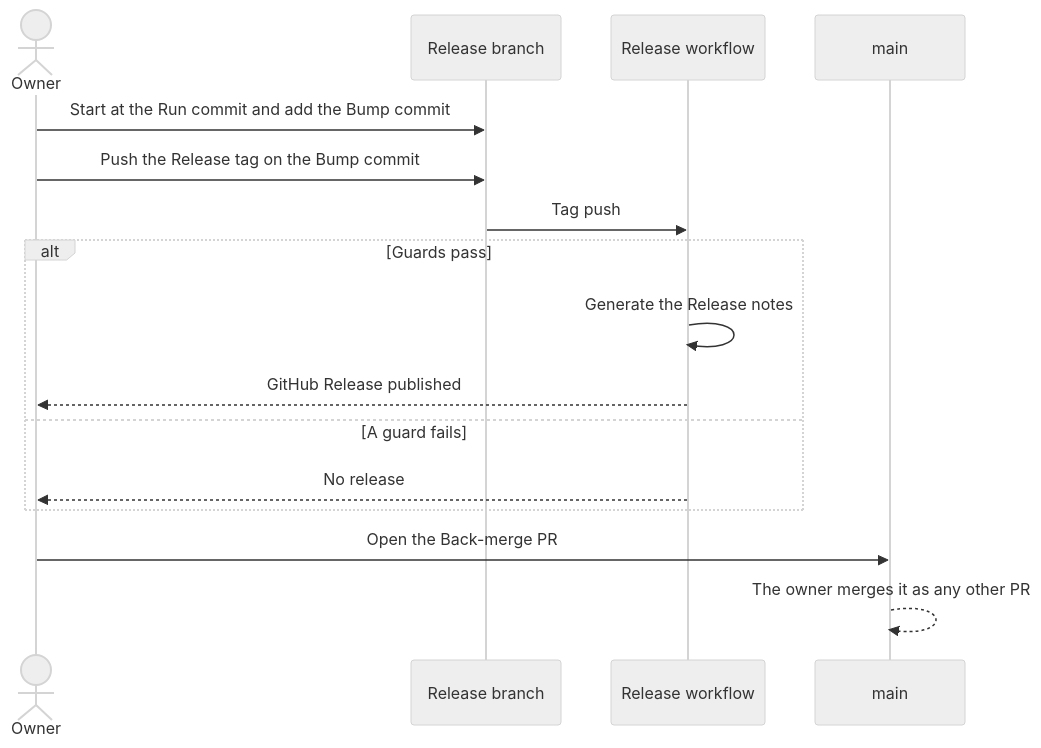
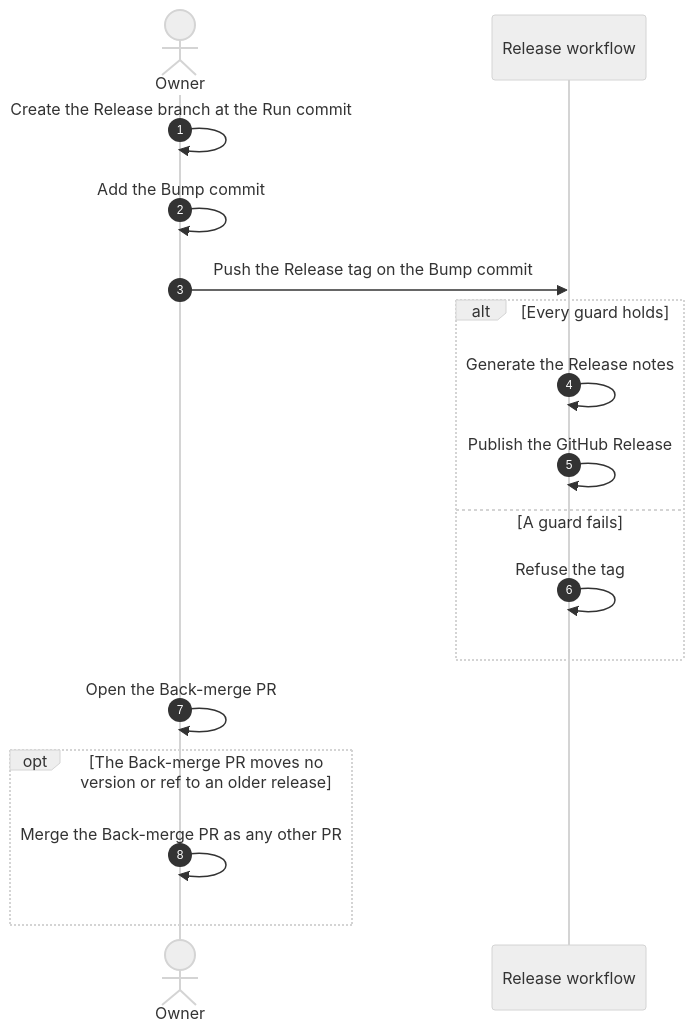
The diagram in docs/design/release-flow.md (maro114510/skills), drawn with Mermaid (neutral theme) before and after one commit.

Commit message:
docs(design): draw the release scenario with participants only
- Branches drew as lifelines, so the tag push came from a branch instead of the owner.
- Replies went to callers that never waited on them, and the merge lost its no-downgrade condition.

Closes #922

````diff
--- a/docs/design/release-flow.md
+++ b/docs/design/release-flow.md
@@ -40,18 +40,19 @@
 ```mermaid
 sequenceDiagram
+    autonumber
     actor Owner
-    participant Release as Release branch
     participant WF as Release workflow
-    participant Main as main
-    Owner->>Release: Start at the Run commit and add the Bump commit
-    Owner->>Release: Push the Release tag on the Bump commit
-    Release->>WF: Tag push
-    alt Guards pass
+    Owner->>Owner: Create the Release branch at the Run commit
+    Owner->>Owner: Add the Bump commit
+    Owner->>WF: Push the Release tag on the Bump commit
+    alt Every guard holds
         WF->>WF: Generate the Release notes
-        WF-->>Owner: GitHub Release published
+        WF->>WF: Publish the GitHub Release
     else A guard fails
-        WF-->>Owner: No release
+        WF->>WF: Refuse the tag
     end
-    Owner->>Main: Open the Back-merge PR
-    Main-->>Main: The owner merges it as any other PR
+    Owner->>Owner: Open the Back-merge PR
+    opt The Back-merge PR moves no version or ref to an older release
+        Owner->>Owner: Merge the Back-merge PR as any other PR
+    end
 ```
````
